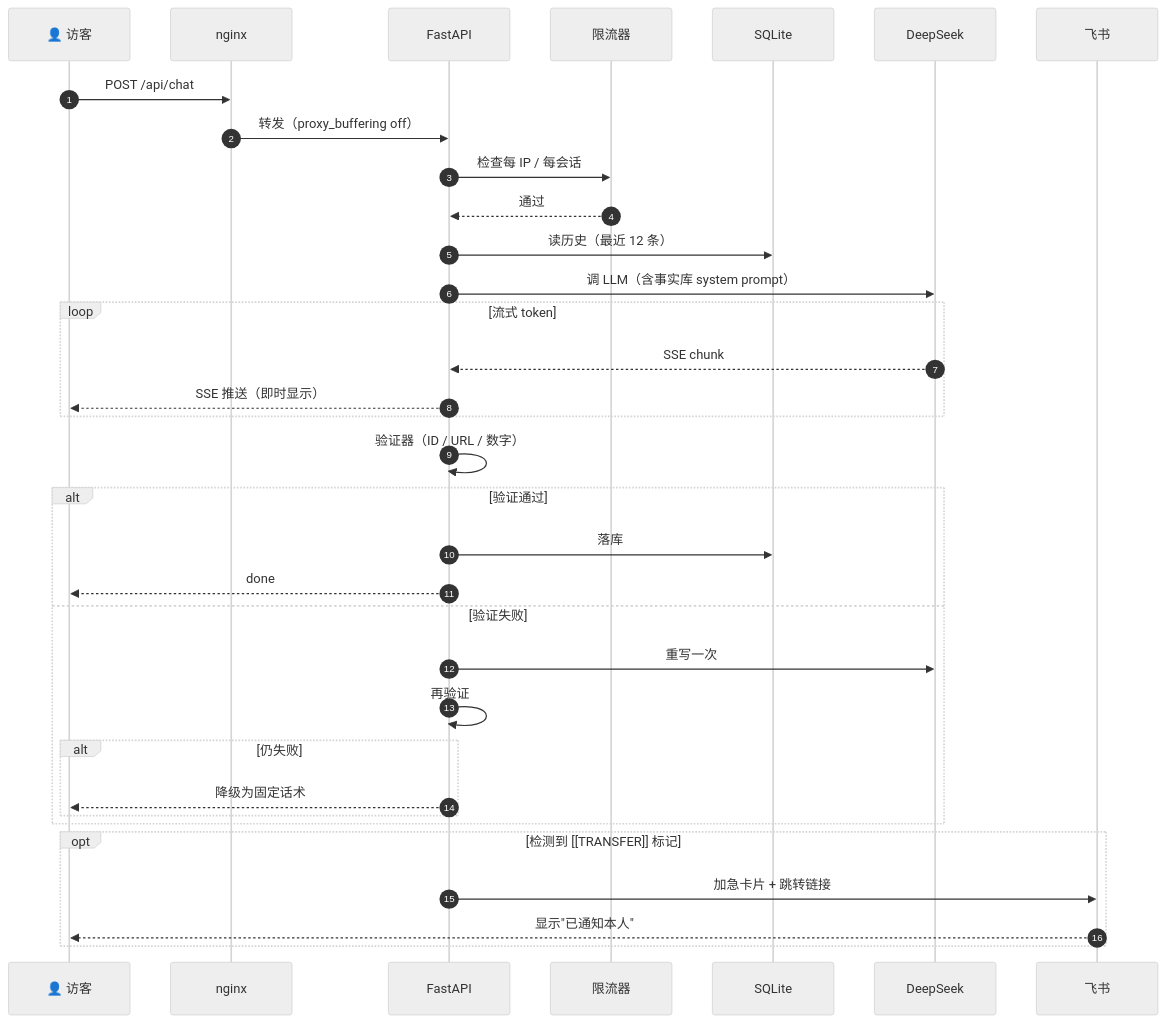
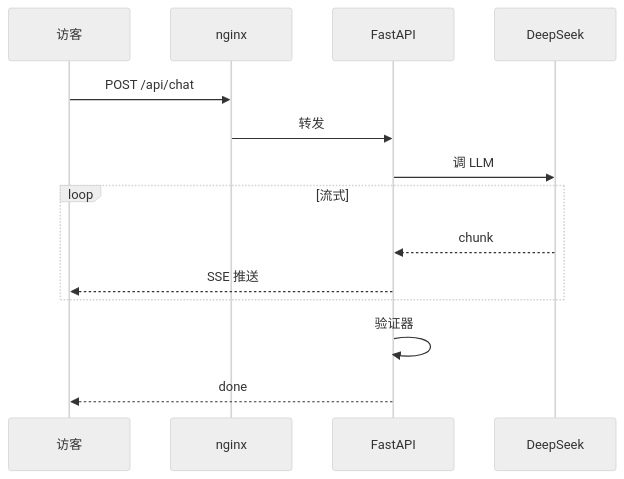
The second of 3 diagrams in README.md (acc12138-x/CV-Bot), drawn with Mermaid (neutral theme) before and after one commit. The commit also changed other lines of this file, not shown here.

Commit message:
docs: 简化 Mermaid 图以兼容 GitHub

````diff
--- a/README.md
+++ b/README.md
@@ -61,37 +51,17 @@
 ```mermaid
 sequenceDiagram
-    autonumber
-    participant V as 👤 访客
+    participant V as 访客
     participant N as nginx
     participant F as FastAPI
-    participant R as 限流器
-    participant DB as SQLite
     participant D as DeepSeek
-    participant FS as 飞书
 
     V->>N: POST /api/chat
-    N->>F: 转发（proxy_buffering off）
-    F->>R: 检查每 IP / 每会话
-    R-->>F: 通过
-    F->>DB: 读历史（最近 12 条）
-    F->>D: 调 LLM（含事实库 system prompt）
-    loop 流式 token
-        D-->>F: SSE chunk
-        F-->>V: SSE 推送（即时显示）
+    N->>F: 转发
+    F->>D: 调 LLM
+    loop 流式
+        D-->>F: chunk
+        F-->>V: SSE 推送
     end
-    F->>F: 验证器（ID / URL / 数字）
-    alt 验证通过
-        F->>DB: 落库
-        F-->>V: done
-    else 验证失败
-        F->>D: 重写一次
-        F->>F: 再验证
-        alt 仍失败
-            F-->>V: 降级为固定话术
-        end
-    end
-    opt 检测到 [[TRANSFER]] 标记
-        F->>FS: 加急卡片 + 跳转链接
-        FS-->>V: 显示"已通知本人"
-    end
+    F->>F: 验证器
+    F-->>V: done
 ```
````
